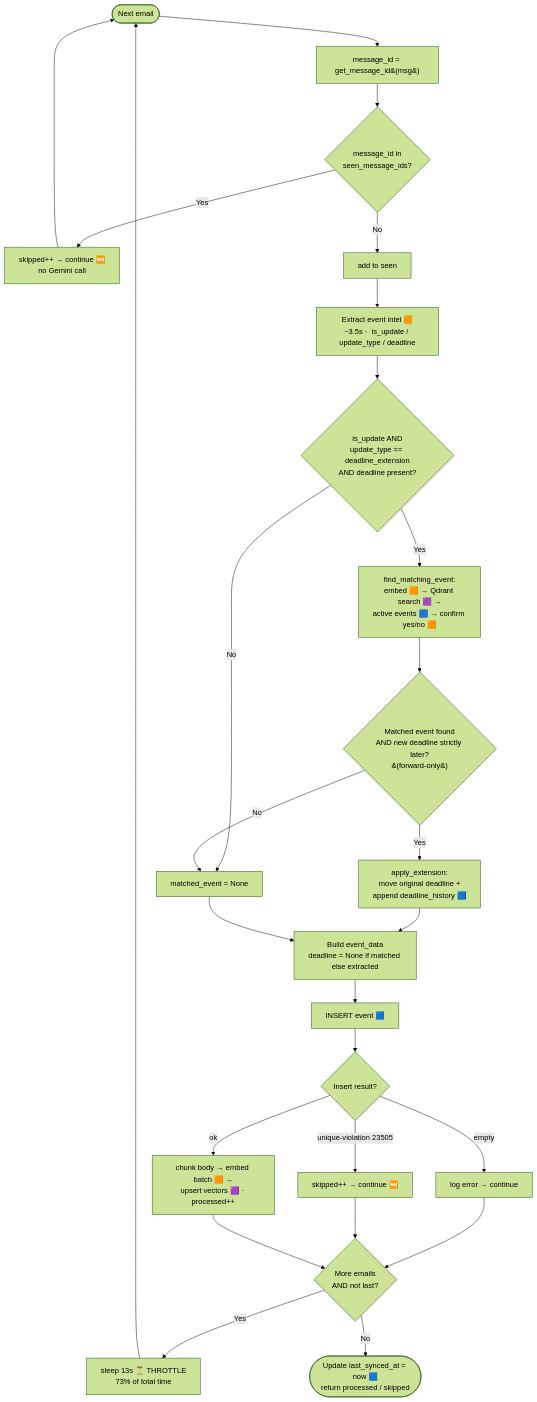
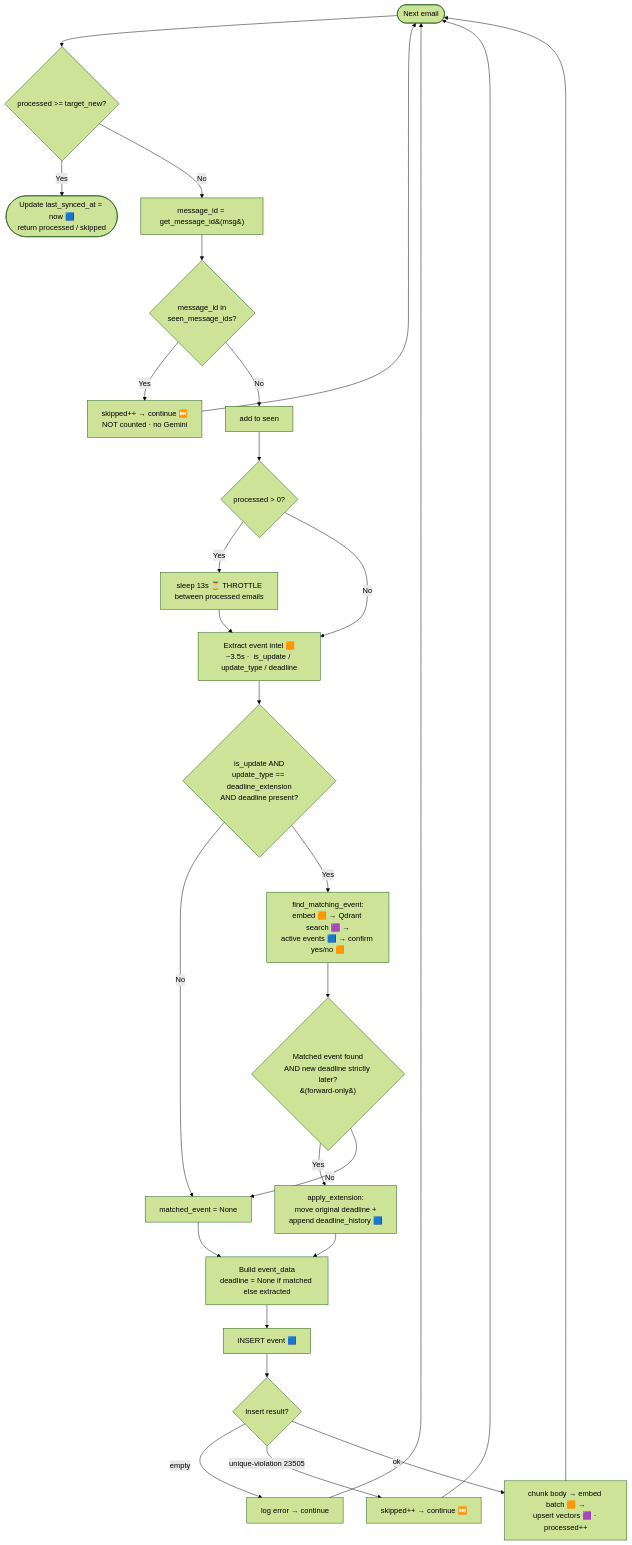
The third of 4 diagrams in docs/sync-flow.md (CodeAcc2007-dev/KRNL_V3-), drawn with Mermaid (forest theme) before and after one commit. The commit also changed other lines of this file and 1 other file, not shown here.

Commit message:
Docs: reflect target-N sync (scan newest, process until N new)

````diff
--- a/docs/sync-flow.md
+++ b/docs/sync-flow.md
@@ -54,24 +52,28 @@
 ```mermaid
 flowchart TD
-    L([Next email]) --> M[message_id = get_message_id&#40;msg&#41;]
+    L([Next email]) --> TB{processed &gt;= target_new?}
+    TB -- Yes --> EXIT
+    TB -- No --> M[message_id = get_message_id&#40;msg&#41;]
     M --> N{message_id in<br/>seen_message_ids?}
-    N -- Yes --> N1[skipped++ → continue ⏭️<br/>no Gemini call] --> L
+    N -- Yes --> N1[skipped++ → continue ⏭️<br/>NOT counted · no Gemini] --> L
     N -- No --> O[add to seen]
-    O --> P[Extract event intel 🟧<br/>~3.5s ·  is_update / update_type / deadline]
+    O --> THR{processed &gt; 0?}
+    THR -- Yes --> TH[sleep 13s ⏳ THROTTLE<br/>between processed emails] --> P
+    THR -- No --> P
+    P[Extract event intel 🟧<br/>~3.5s ·  is_update / update_type / deadline]
     P --> Q{is_update AND<br/>update_type == deadline_extension<br/>AND deadline present?}
     Q -- No --> U[matched_event = None]
     Q -- Yes --> R[find_matching_event:<br/>embed 🟧 → Qdrant search 🟪 →<br/>active events 🟦 → confirm yes/no 🟧]
     R --> S{Matched event found<br/>AND new deadline strictly later?<br/>&#40;forward-only&#41;}
     S -- Yes --> T[apply_extension:<br/>move original deadline +<br/>append deadline_history 🟦]
     S -- No --> U
     T --> V
     U --> V[Build event_data<br/>deadline = None if matched else extracted]
     V --> W[INSERT event 🟦]
     W --> X{Insert result?}
-    X -- empty --> X1[log error → continue] --> Z
-    X -- unique-violation 23505 --> X2[skipped++ → continue ⏭️] --> Z
+    X -- empty --> X1[log error → continue] --> L
+    X -- unique-violation 23505 --> X2[skipped++ → continue ⏭️] --> L
     X -- ok --> Y[chunk body → embed batch 🟧 →<br/>upsert vectors 🟪 · processed++]
-    Y --> Z{More emails<br/>AND not last?}
-    Z -- Yes --> TH[sleep 13s ⏳ THROTTLE<br/>73% of total time] --> L
-    Z -- No --> EXIT([Update last_synced_at = now 🟦<br/>return processed / skipped])
+    Y --> L
+    EXIT([Update last_synced_at = now 🟦<br/>return processed / skipped])
 ```
````
